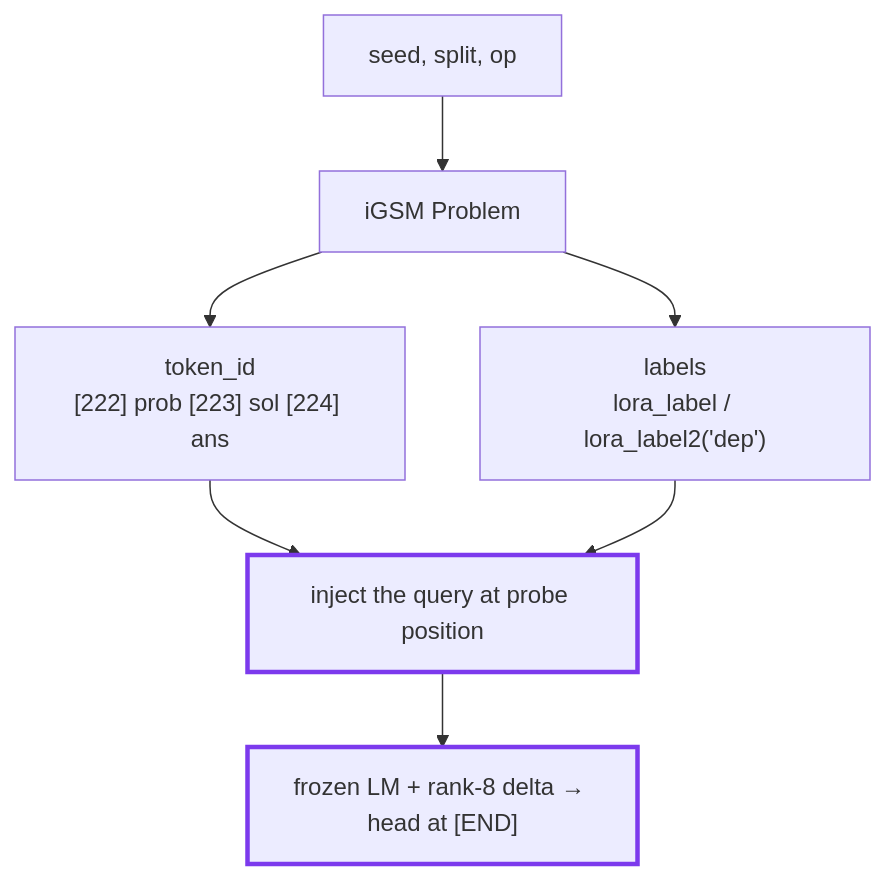
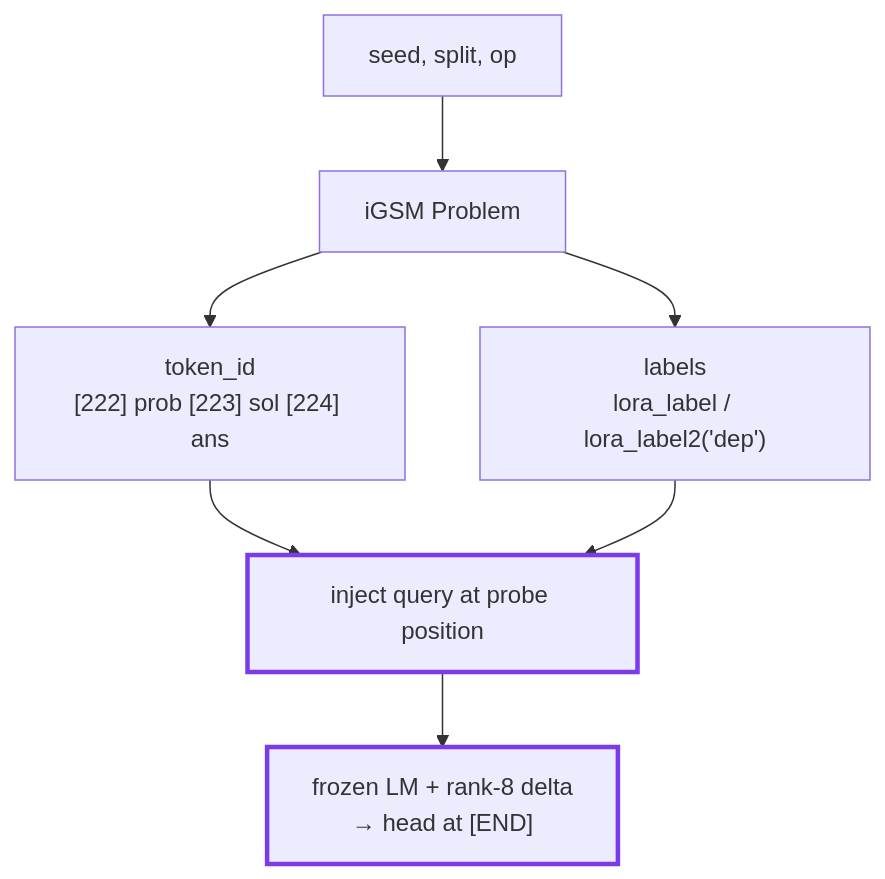
The diagram in doc/probe_guide.md (martin503/physics-of-llms-part2.1), drawn with Mermaid before and after one commit. The commit also changed other lines of this file and 4 other files, not shown here.

````diff
--- a/doc/probe_guide.md
+++ b/doc/probe_guide.md
@@ -97,13 +98,13 @@
 ```mermaid
 flowchart TD
     S["seed, split, op"] --> P["iGSM Problem"]
     P --> L["labels<br/>lora_label / lora_label2('dep')"]
     P --> T["token_id<br/>[222] prob [223] sol [224] ans"]
 
-    T --> VI["inject the query at probe position"]
+    T --> VI["inject query at probe position"]
     L --> VI
-    VI --> VH["frozen LM + rank-8 delta → head at [END]"]
+    VI --> VH["frozen LM + rank-8 delta</br>→ head at [END]"]
 
     classDef vp stroke:#7c3aed,stroke-width:3px;
     class VI,VH vp
 ```
````
